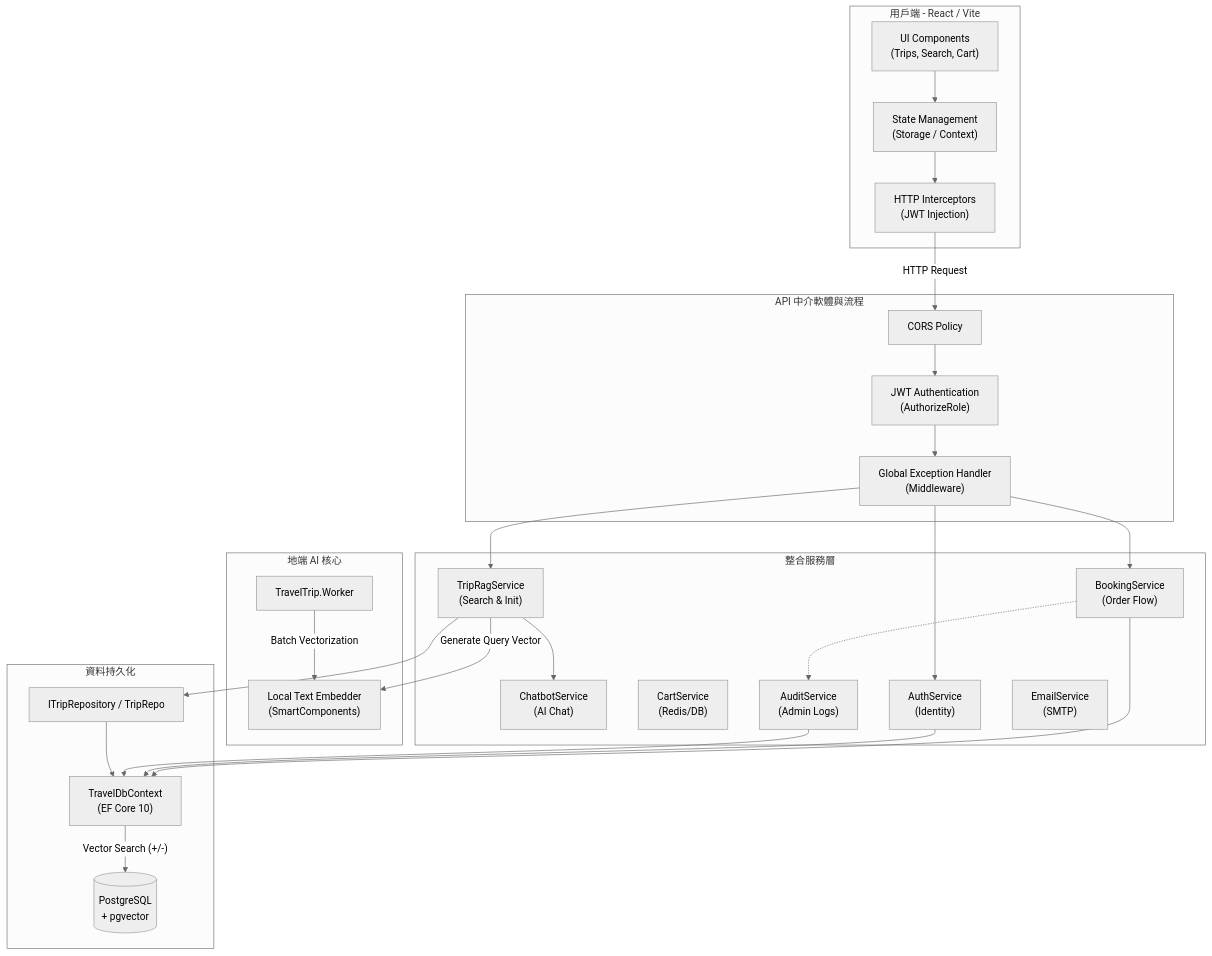
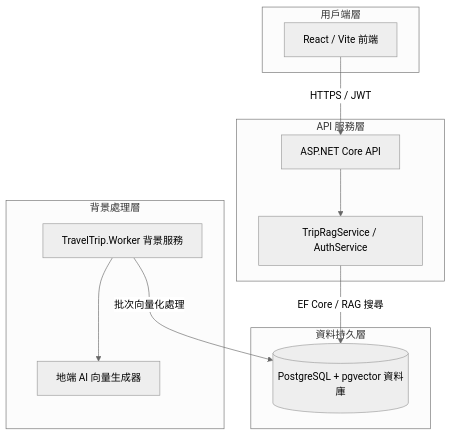
The first of 2 diagrams in README.md (mofanchang/TravelTrip-Native-RAG-System-with-.NET-10-pgvector), drawn with Mermaid (neutral theme) before and after one commit. The commit also changed other lines of this file and 2 other files, not shown here.

Commit message:
Docs: Revert to simple architecture diagram with bilingual support (CN/EN)

````diff
--- a/README.md
+++ b/README.md
@@ -27,52 +27,26 @@
 ```mermaid
 graph TD
-    subgraph Client_Layer [用戶端 - React / Vite]
-        UI["UI Components<br/>(Trips, Search, Cart)"]
-        State["State Management<br/>(Storage / Context)"]
-        Inceptors["HTTP Interceptors<br/>(JWT Injection)"]
-        UI --> State
-        State --> Inceptors
+    subgraph Client_Layer [用戶端層]
+        FE["React / Vite 前端"]
     end
 
-    subgraph API_Processing [API 中介軟體與流程]
-        CORS["CORS Policy"]
-        Auth["JWT Authentication<br/>(AuthorizeRole)"]
-        ExHandler["Global Exception Handler<br/>(Middleware)"]
-        Inceptors -- "HTTP Request" --> CORS
-        CORS --> Auth
-        Auth --> ExHandler
+    subgraph API_Layer [API 服務層]
+        API["ASP.NET Core API"]
+        Service["TripRagService / AuthService"]
+        API --> Service
     end
 
-    subgraph Application_Services [整合服務層]
-        TRAG["TripRagService<br/>(Search & Init)"]
-        CBOT["ChatbotService<br/>(AI Chat)"]
-        BOOK["BookingService<br/>(Order Flow)"]
-        CART["CartService<br/>(Redis/DB)"]
-        AUTH_S["AuthService<br/>(Identity)"]
-        AUDIT["AuditService<br/>(Admin Logs)"]
-        EMAIL["EmailService<br/>(SMTP)"]
-
-        ExHandler --> TRAG
-        TRAG --> CBOT
-        ExHandler --> BOOK
-        ExHandler --> AUTH_S
-        BOOK -.-> AUDIT
+    subgraph Worker_Layer [背景處理層]
+        Worker["TravelTrip.Worker 背景服務"]
+        AI["地端 AI 向量生成器"]
+        Worker --> AI
     end
 
-    subgraph AI_Infrastructure [地端 AI 核心]
-        Embedding["Local Text Embedder<br/>(SmartComponents)"]
-        TRAG -- "Generate Query Vector" --> Embedding
-        Worker["TravelTrip.Worker"] -- "Batch Vectorization" --> Embedding
+    subgraph Data_Layer [資料持久層]
+        DB[("PostgreSQL + pgvector 資料庫")]
     end
 
-    subgraph Persistence_Layer [資料持久化]
-        Repo["ITripRepository / TripRepo"]
-        Ctx["TravelDbContext<br/>(EF Core 10)"]
-        TRAG --> Repo
-        BOOK --> Ctx
-        AUTH_S --> Ctx
-        AUDIT --> Ctx
-        Repo --> Ctx
-        Ctx -- "Vector Search (+/-)" --> DB[("PostgreSQL<br/>+ pgvector")]
-    end
+    FE -- "HTTPS / JWT" --> API
+    Service -- "EF Core / RAG 搜尋" --> DB
+    Worker -- "批次向量化處理" --> DB
 ```
````
